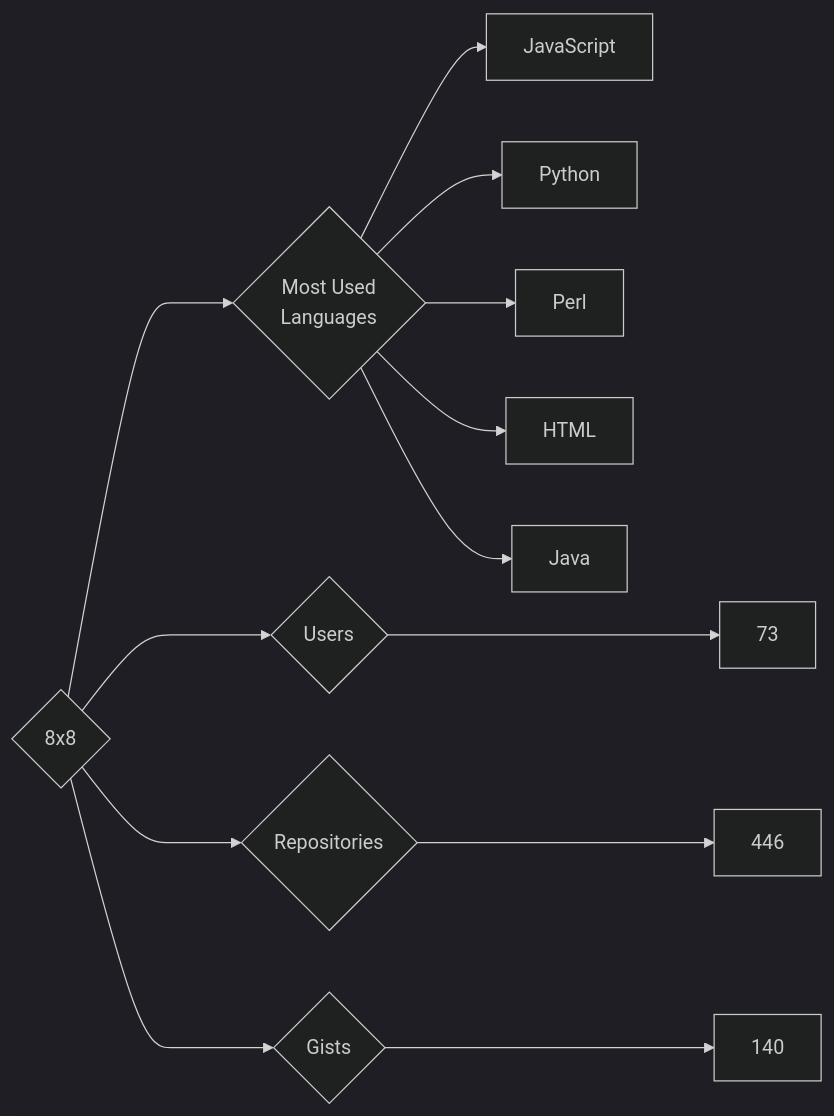
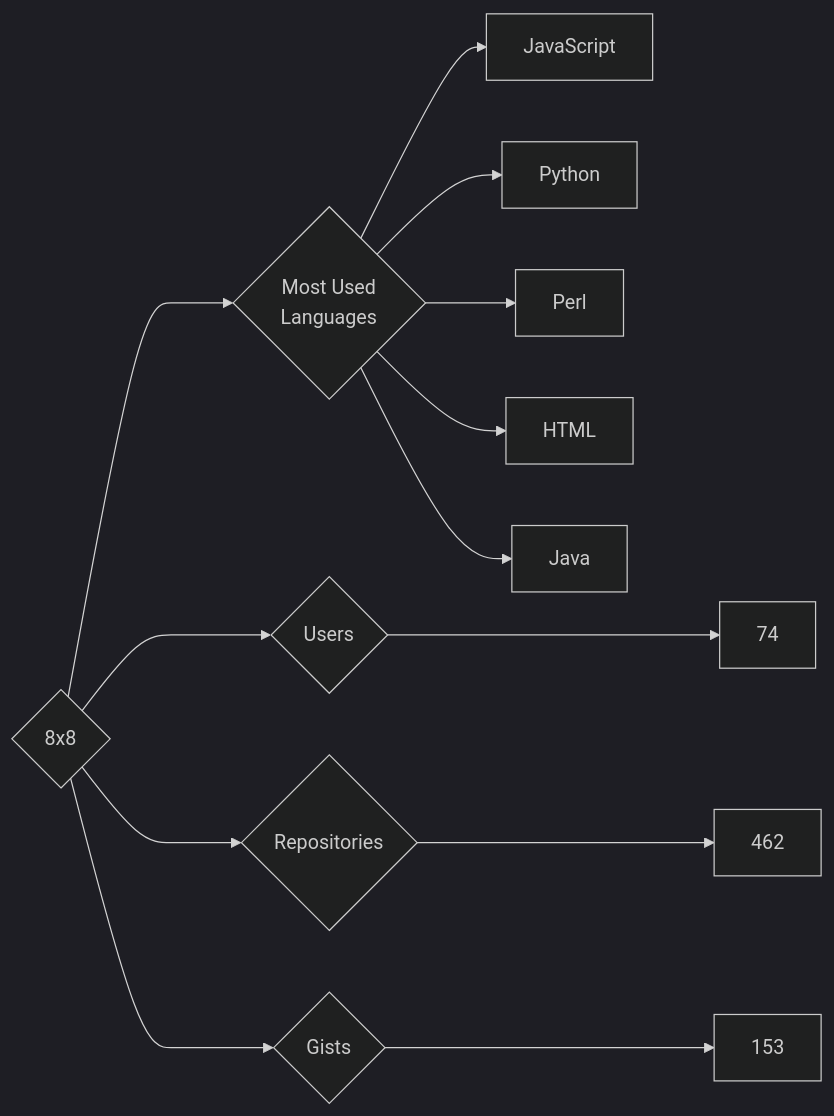
Before and after one commit to trickest/insiders: the diagram in targets/8x8/README.md, drawn with Mermaid (dark theme). The commit also changed 1030 other files, not shown here.

````diff
--- a/targets/8x8/README.md
+++ b/targets/8x8/README.md
@@ -3,13 +3,13 @@
 ```mermaid
 graph LR
 COMPANY_NAME{8x8}
-COMPANY_NAME ---> U{Users} ---> UN[73]
-COMPANY_NAME ---> R{Repositories} ---> RN[446]
-COMPANY_NAME ---> G{Gists} ---> GN[140]
+COMPANY_NAME ---> U{Users} ---> UN[74]
+COMPANY_NAME ---> R{Repositories} ---> RN[462]
+COMPANY_NAME ---> G{Gists} ---> GN[153]
 COMPANY_NAME ---> ML{Most Used<br>Languages}
 ML --> JavaScript[JavaScript]
 ML --> Python[Python]
 ML --> Perl[Perl]
 ML --> HTML[HTML]
 ML --> Java[Java]
 ```
````
